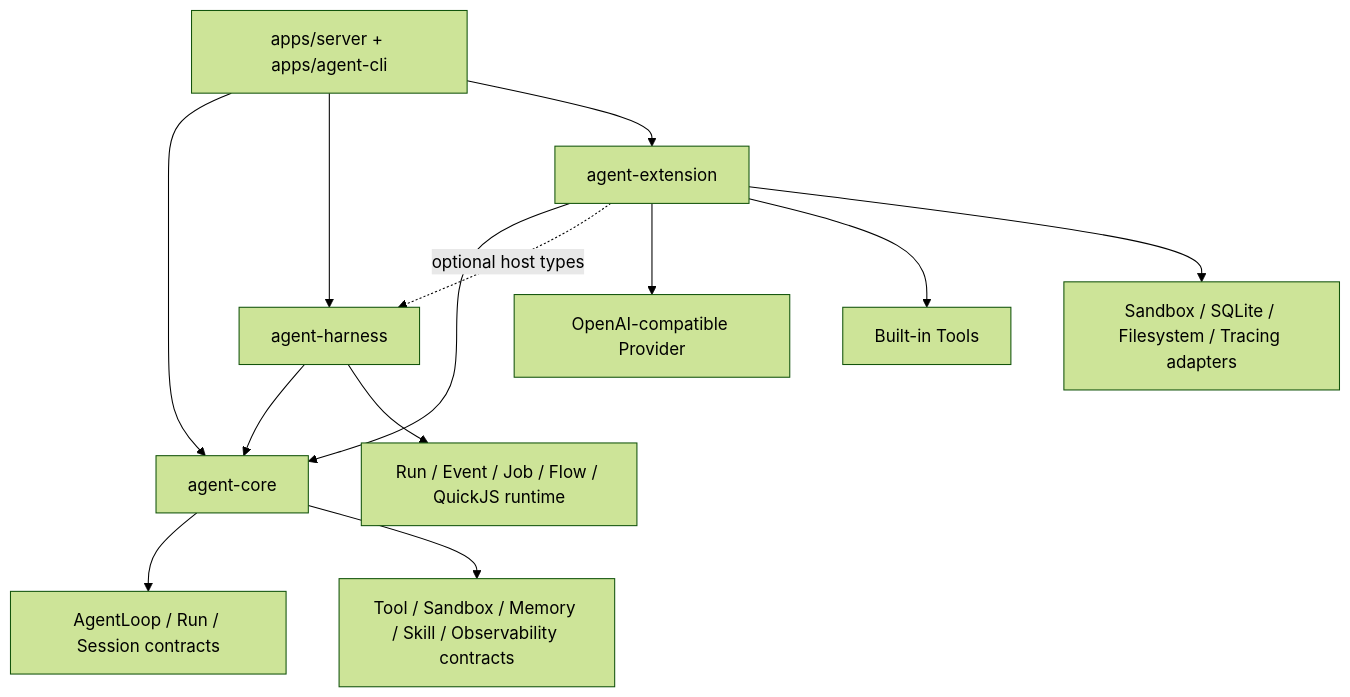
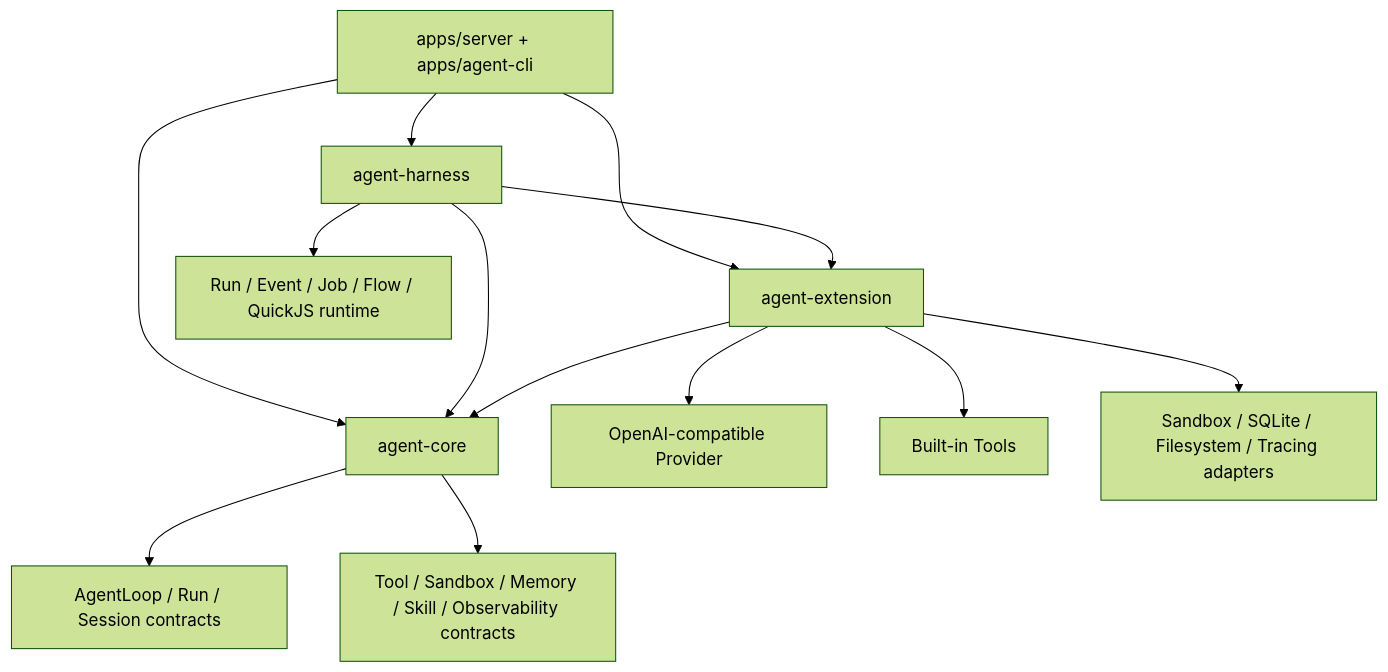
One commit to xinjiyuan97/Mina changed the second of 2 diagrams in docs/01-architecture-boundaries.md. Above: the diagram before and after it, drawn with Mermaid (forest theme). The commit also changed other lines of this file and 144 other files, not shown here.

````diff
--- a/docs/01-architecture-boundaries.md
+++ b/docs/01-architecture-boundaries.md
@@ -112,15 +112,15 @@
 ```mermaid
 flowchart TD
     Apps[apps/server + apps/agent-cli] --> Core[agent-core]
     Apps --> Harness[agent-harness]
     Apps --> Extension[agent-extension]
     Harness --> Core
+    Harness --> Extension
     Extension --> Core
-    Extension -. optional host types .-> Harness
     Core --> Agent[AgentLoop / Run / Session contracts]
     Core --> Contracts[Tool / Sandbox / Memory / Skill / Observability contracts]
     Harness --> Runtime[Run / Event / Job / Flow / QuickJS runtime]
     Extension --> Provider[OpenAI-compatible Provider]
     Extension --> Tools[Built-in Tools]
     Extension --> Adapters[Sandbox / SQLite / Filesystem / Tracing adapters]
 ```
````
